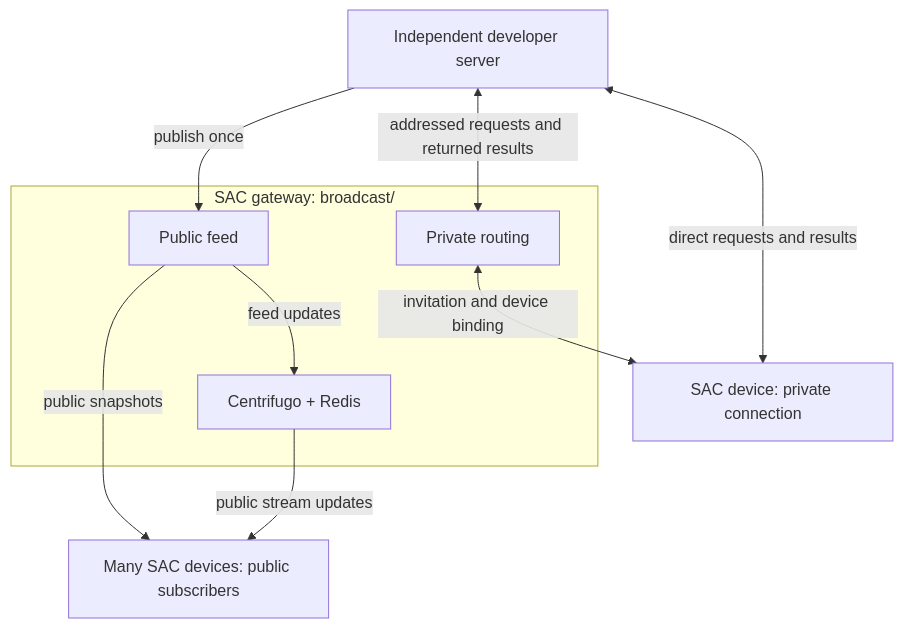
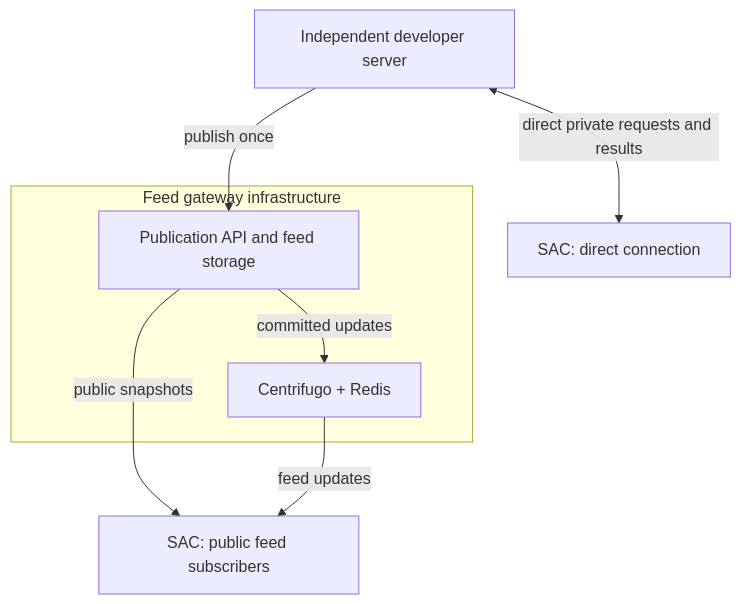
The diagram in docs/architecture.md (SeekerAgentConnect/sac), drawn with Mermaid before and after one commit. The commit also changed other lines of this file, not shown here.

Commit message:
docs: define direct and public-feed architecture and cleanup boundaries

````diff
--- a/docs/architecture.md
+++ b/docs/architecture.md
@@ -34,18 +30,15 @@
 ```mermaid
 flowchart TB
     Server["Independent developer server"]
-    subgraph infrastructure["SAC gateway: broadcast/"]
-        Private["Private routing"]
-        Feed["Public feed"]
+    PrivatePhone["SAC: direct connection"]
+    subgraph gateway["Feed gateway infrastructure"]
+        Feed["Publication API and feed storage"]
         Delivery["Centrifugo + Redis"]
-        Feed -->|"feed updates"| Delivery
+        Feed -->|"committed updates"| Delivery
     end
-    Device["SAC device: private connection"]
-    Subscribers["Many SAC devices: public subscribers"]
-    Server <-->|"direct requests and results"| Device
-    Server <-->|"addressed requests and returned results"| Private
-    Private <-->|"invitation and device binding"| Device
+    Subscribers["SAC: public feed subscribers"]
+    Server <-->|"direct private requests and results"| PrivatePhone
     Server -->|"publish once"| Feed
     Feed -->|"public snapshots"| Subscribers
-    Delivery -->|"public stream updates"| Subscribers
+    Delivery -->|"feed updates"| Subscribers
 ```
````
